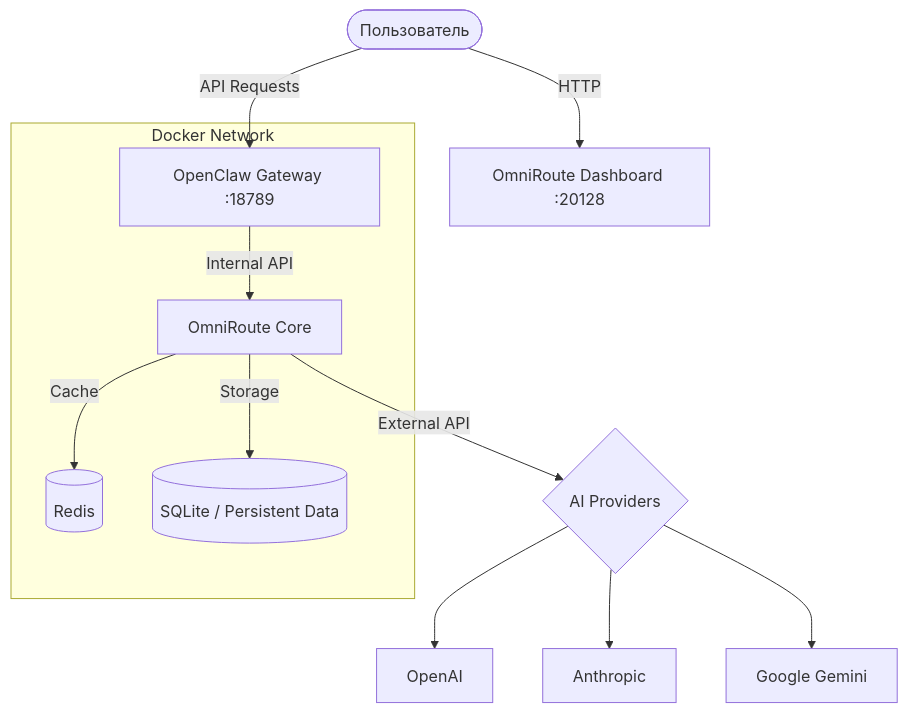
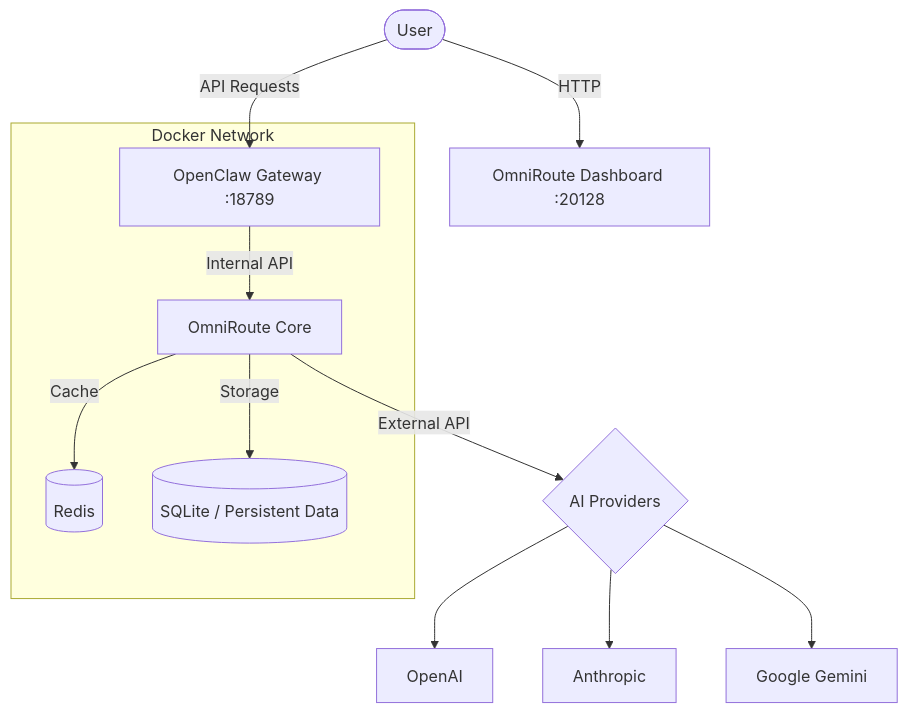
The diagram in README.md (Den3112/OmniRoute-OpenClaw), drawn with Mermaid before and after one commit. The commit also changed other lines of this file and 42 other files, not shown here.

````diff
--- a/README.md
+++ b/README.md
@@ -90,16 +103,16 @@
 ```mermaid
 graph TD
-    User([Пользователь]) -->|HTTP| OR_Dash[OmniRoute Dashboard :20128]
+    User([User]) -->|HTTP| OR_Dash[OmniRoute Dashboard :20128]
     User -->|API Requests| OC_Gate[OpenClaw Gateway :18789]
     
     subgraph Docker Network
         OC_Gate -->|Internal API| OR_Core[OmniRoute Core]
         OR_Core -->|Cache| Redis[(Redis)]
         OR_Core -->|Storage| DB[(SQLite / Persistent Data)]
     end
     
     OR_Core -->|External API| Providers{AI Providers}
     Providers --> OpenAI[OpenAI]
     Providers --> Anthropic[Anthropic]
     Providers --> Google[Google Gemini]
 ```
````
